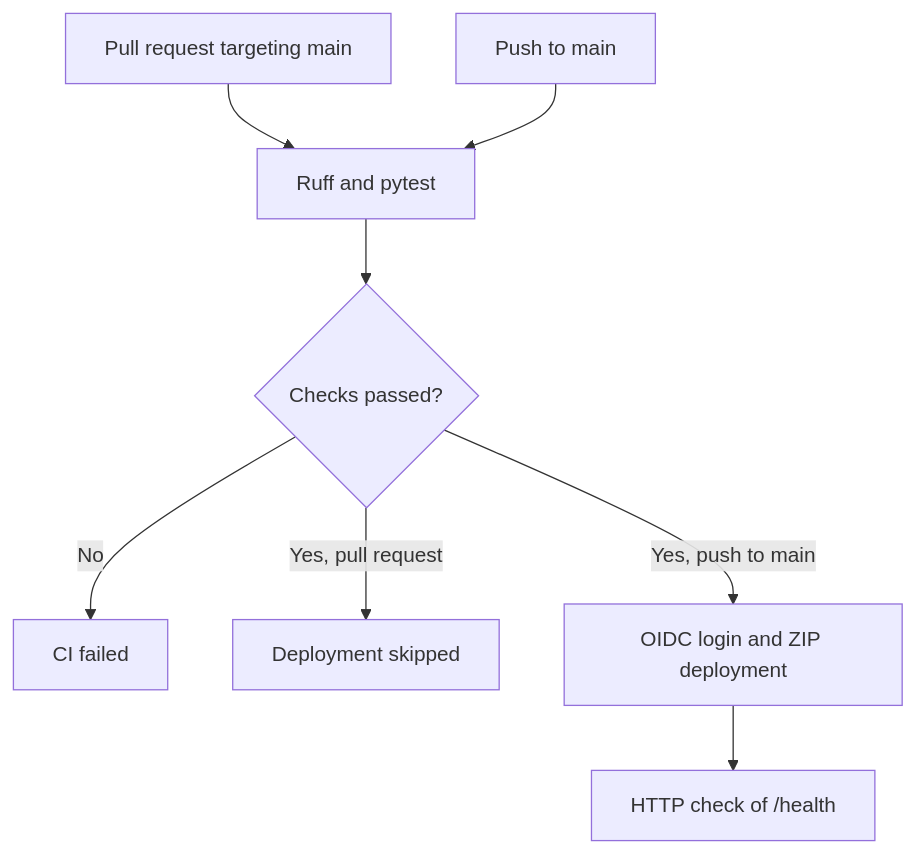
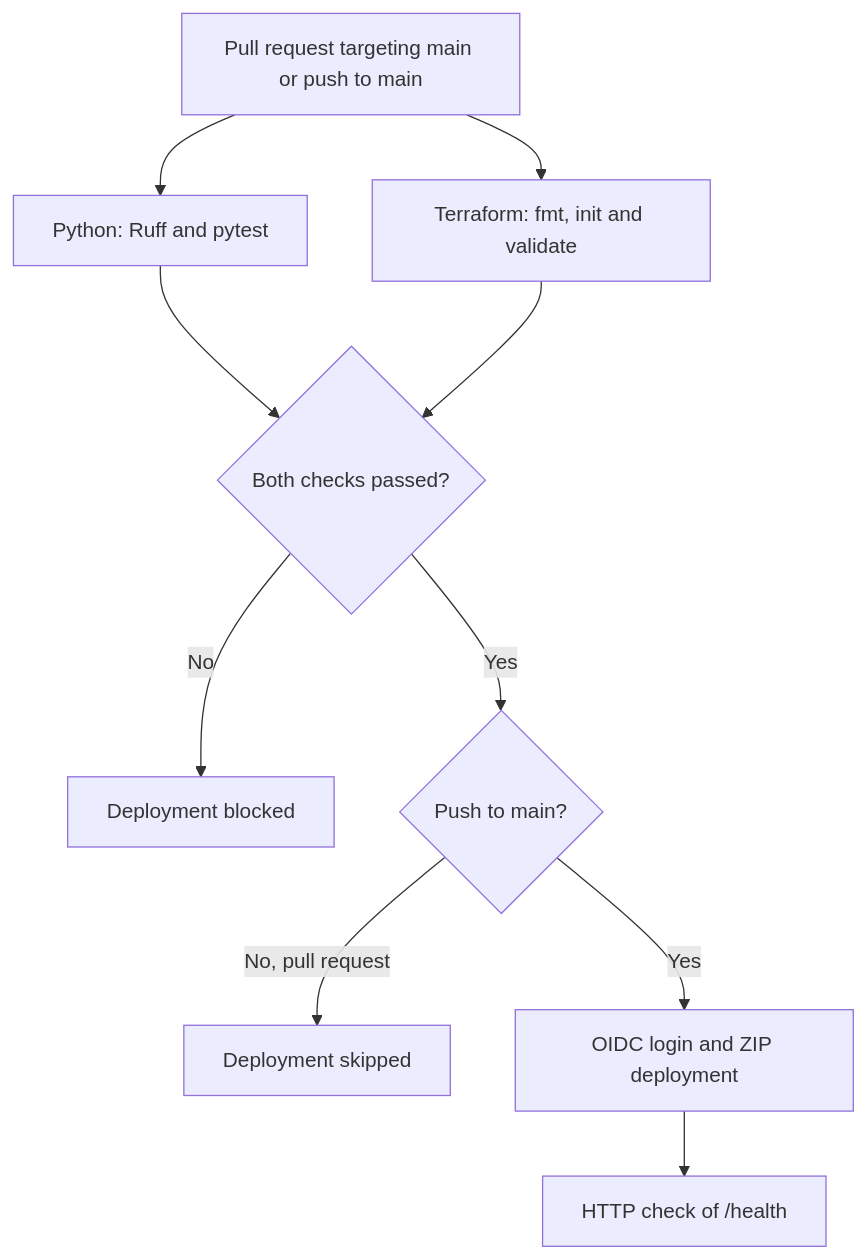
One commit to dev-ugo/clouddesk changed the diagram in docs/ci-cd.md. Above: the diagram before and after it, drawn with Mermaid. The commit also changed other lines of this file and 1 other file, not shown here.

Commit message:
docs: document required Terraform CI checks

````diff
--- a/docs/ci-cd.md
+++ b/docs/ci-cd.md
@@ -33,10 +37,12 @@
 ```mermaid
 flowchart TD
-    pr["Pull request targeting main"] --> ci["Ruff and pytest"]
-    push["Push to main"] --> ci
-    ci --> result{"Checks passed?"}
-    result -->|No| failed["CI failed"]
-    result -->|Yes, pull request| skipped["Deployment skipped"]
-    result -->|Yes, push to main| deploy["OIDC login and ZIP deployment"]
+    event["Pull request targeting main or push to main"] --> python["Python: Ruff and pytest"]
+    event --> terraform["Terraform: fmt, init and validate"]
+    python --> result{"Both checks passed?"}
+    terraform --> result
+    result -->|No| failed["Deployment blocked"]
+    result -->|Yes| trigger{"Push to main?"}
+    trigger -->|No, pull request| skipped["Deployment skipped"]
+    trigger -->|Yes| deploy["OIDC login and ZIP deployment"]
     deploy --> health["HTTP check of /health"]
 ```
````
